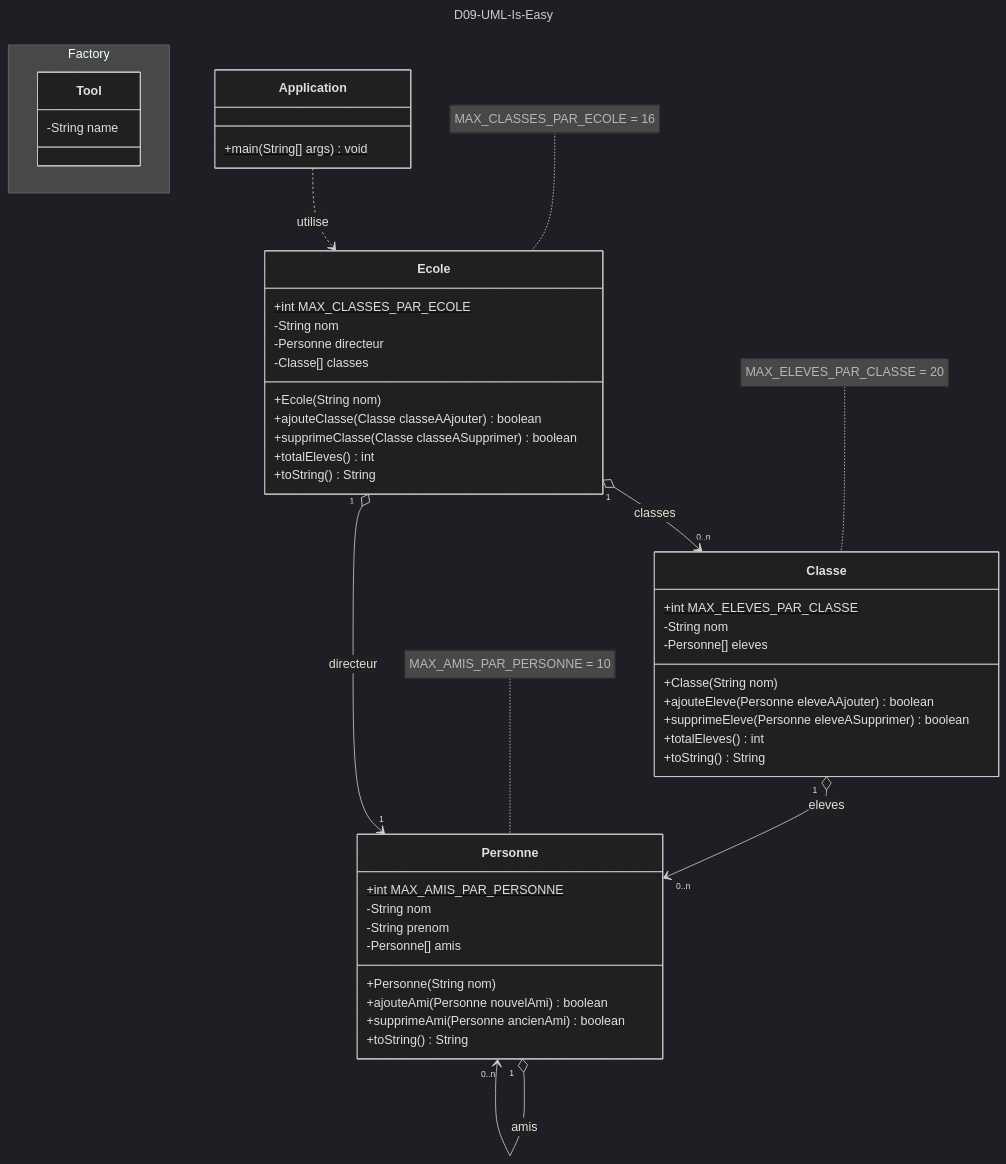
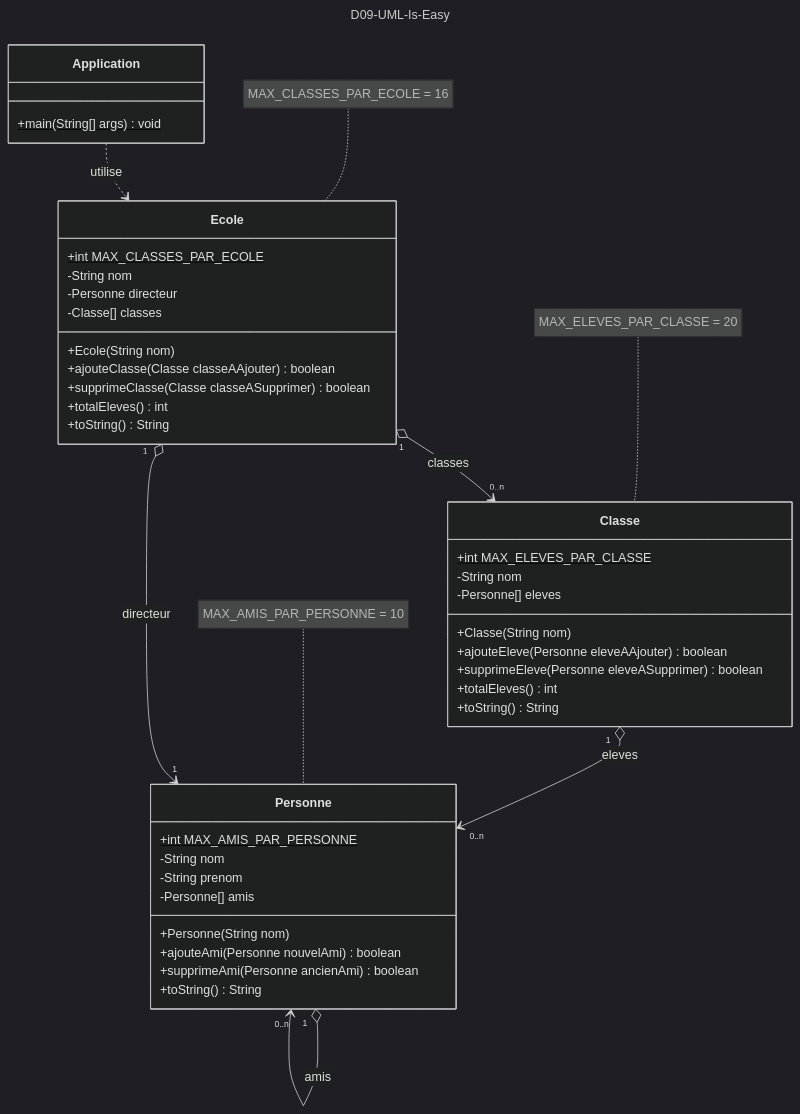
Before and after one commit to emf-info-d400/D09-UML-Is-Easy: the diagram in README.md, drawn with Mermaid (dark theme).

````diff
--- a/README.md
+++ b/README.md
@@ -16,59 +16,55 @@
 ```mermaid
 ---
 title: D09-UML-Is-Easy
 ---
 
 classDiagram
 
-namespace Factory {
-   class Tool {
-      -String name
-   }
-}
+
 
 class Application {
     +main(String[] args)$ void
 }
 
 class Ecole {
    +int MAX_CLASSES_PAR_ECOLE$
    -String nom
    -Personne directeur
    -Classe[] classes
    +Ecole(String nom)    
    +ajouteClasse(Classe classeAAjouter) boolean
    +supprimeClasse(Classe classeASupprimer) boolean
    +totalEleves() int
    +toString() String
 }
 
 class Classe {
    +int MAX_ELEVES_PAR_CLASSE$
    -String nom
    -Personne[] eleves
    +Classe(String nom)
    +ajouteEleve(Personne eleveAAjouter) boolean
    +supprimeEleve(Personne eleveASupprimer) boolean
    +totalEleves() int
    +toString() String
 }
 
 class Personne {
    +int MAX_AMIS_PAR_PERSONNE$
    -String nom
    -String prenom
    -Personne[] amis
    +Personne(String nom)
    +ajouteAmi(Personne nouvelAmi) boolean
    +supprimeAmi(Personne ancienAmi) boolean
    +toString() String
 }
 note for Personne "MAX_AMIS_PAR_PERSONNE = 10"
 note for Classe "MAX_ELEVES_PAR_CLASSE = 20"
 note for Ecole "MAX_CLASSES_PAR_ECOLE = 16"
 Ecole "1" o--> "0..n" Classe : classes
 Ecole "1" o--> "1" Personne : directeur
 Classe "1" o--> "0..n" Personne : eleves
 Personne "1" o--> "0..n" Personne : amis
 Application ..> Ecole : utilise
 ```
````
